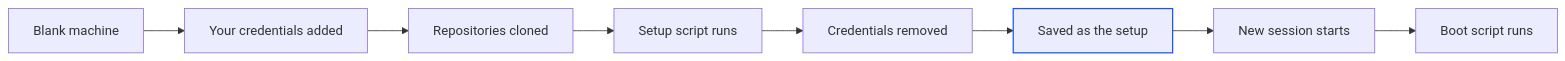
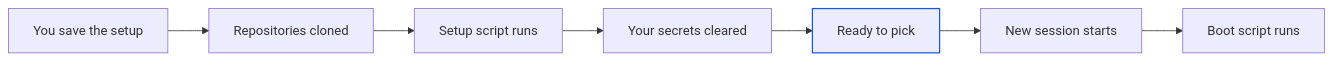
One commit to suyash-lyzr/alpha-documentation changed the diagram in sessions/setups.mdx. Above: the diagram before and after it, drawn with Mermaid. The commit also changed other lines of this file and 51 other files, not shown here.

````diff
--- a/sessions/setups.mdx
+++ b/sessions/setups.mdx
@@ -189,12 +189,11 @@
 ```mermaid
 flowchart LR
-  A[Blank machine] --> B[Your credentials added]
-  B --> C[Repositories cloned]
-  C --> D[Setup script runs]
-  D --> E[Credentials removed]
-  E --> F[Saved as the setup]
+  A[You save the setup] --> B[Repositories cloned]
+  B --> C[Setup script runs]
+  C --> D[Your secrets cleared]
+  D --> F[Ready to pick]
   F --> G[New session starts]
   G --> H[Boot script runs]
   classDef focus stroke:#1A54F0,stroke-width:1.5px;
   class F focus;
 ```
````
